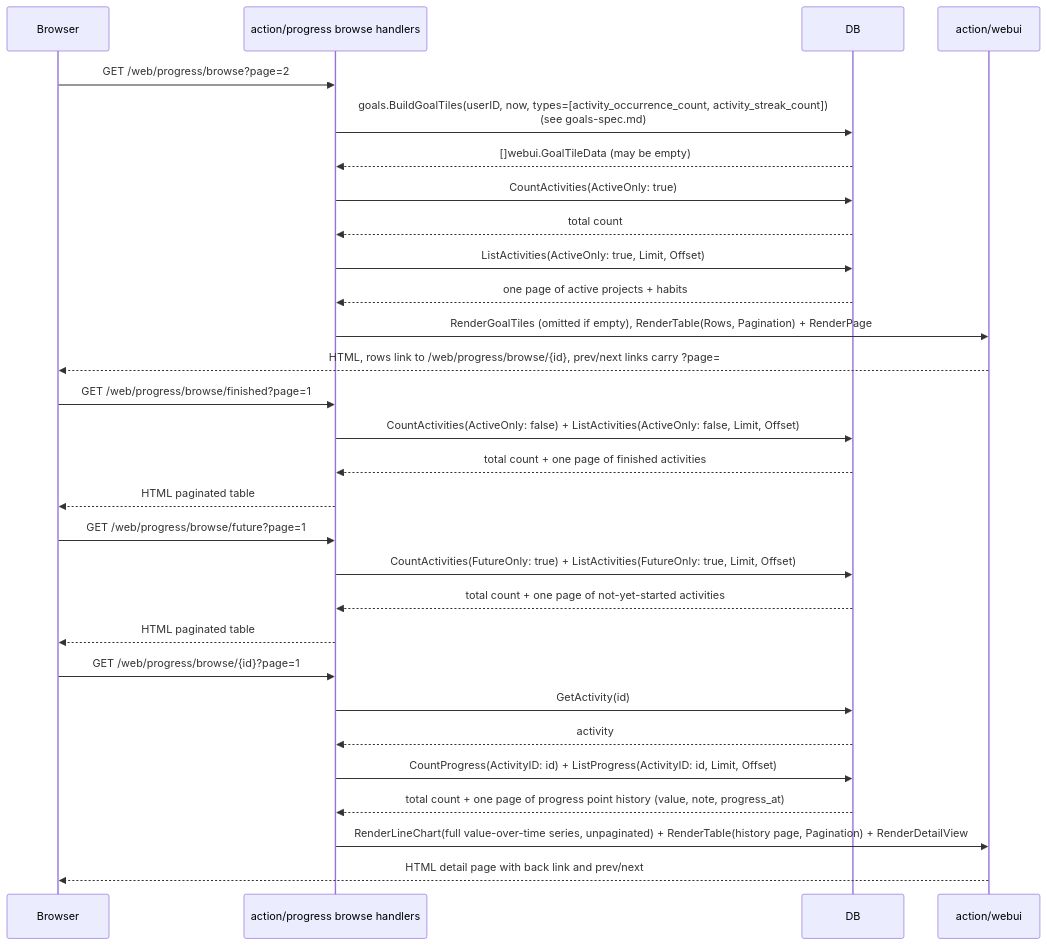
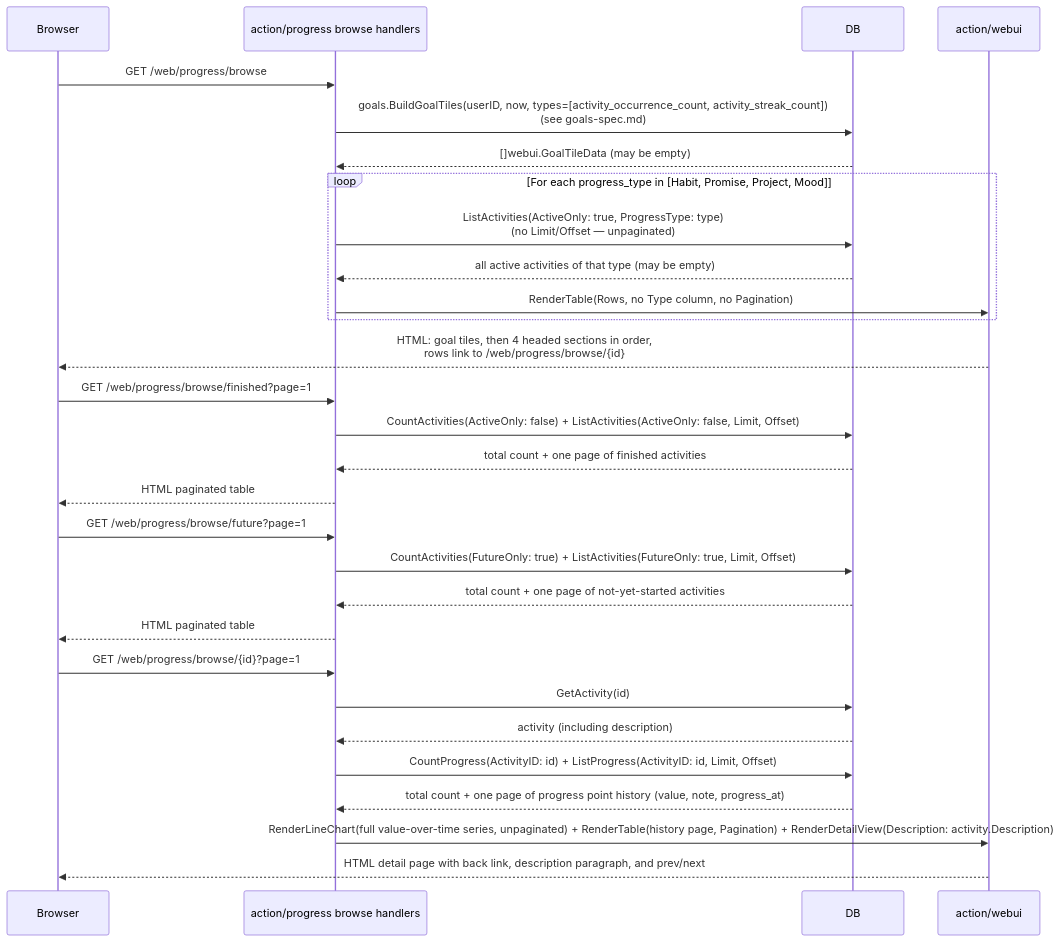
Before and after one commit to rusinikita/personal: the fourth of 4 diagrams in docs/functions/progress-spec.md, drawn with Mermaid. The commit also changed other lines of this file and 10 other files, not shown here.

First line of the commit message:
feat(progress): show activity description, split active list by type

````diff
--- a/docs/functions/progress-spec.md
+++ b/docs/functions/progress-spec.md
@@ -126,35 +128,35 @@
 ```mermaid
 sequenceDiagram
     participant Browser
     participant Handler as action/progress browse handlers
     participant DB
     participant Webui as action/webui
 
-    Browser->>Handler: GET /web/progress/browse?page=2
+    Browser->>Handler: GET /web/progress/browse
     Handler->>DB: goals.BuildGoalTiles(userID, now, types=[activity_occurrence_count, activity_streak_count])<br/>(see goals-spec.md)
     DB-->>Handler: []webui.GoalTileData (may be empty)
-    Handler->>DB: CountActivities(ActiveOnly: true)
-    DB-->>Handler: total count
-    Handler->>DB: ListActivities(ActiveOnly: true, Limit, Offset)
-    DB-->>Handler: one page of active projects + habits
-    Handler->>Webui: RenderGoalTiles (omitted if empty), RenderTable(Rows, Pagination) + RenderPage
-    Webui-->>Browser: HTML, rows link to /web/progress/browse/{id}, prev/next links carry ?page=
+    loop For each progress_type in [Habit, Promise, Project, Mood]
+        Handler->>DB: ListActivities(ActiveOnly: true, ProgressType: type)<br/>(no Limit/Offset — unpaginated)
+        DB-->>Handler: all active activities of that type (may be empty)
+        Handler->>Webui: RenderTable(Rows, no Type column, no Pagination)
+    end
+    Webui-->>Browser: HTML: goal tiles, then 4 headed sections in order,<br/>rows link to /web/progress/browse/{id}
 
     Browser->>Handler: GET /web/progress/browse/finished?page=1
     Handler->>DB: CountActivities(ActiveOnly: false) + ListActivities(ActiveOnly: false, Limit, Offset)
     DB-->>Handler: total count + one page of finished activities
     Handler-->>Browser: HTML paginated table
 
     Browser->>Handler: GET /web/progress/browse/future?page=1
     Handler->>DB: CountActivities(FutureOnly: true) + ListActivities(FutureOnly: true, Limit, Offset)
     DB-->>Handler: total count + one page of not-yet-started activities
     Handler-->>Browser: HTML paginated table
 
     Browser->>Handler: GET /web/progress/browse/{id}?page=1
     Handler->>DB: GetActivity(id)
-    DB-->>Handler: activity
+    DB-->>Handler: activity (including description)
     Handler->>DB: CountProgress(ActivityID: id) + ListProgress(ActivityID: id, Limit, Offset)
     DB-->>Handler: total count + one page of progress point history (value, note, progress_at)
-    Handler->>Webui: RenderLineChart(full value-over-time series, unpaginated) + RenderTable(history page, Pagination) + RenderDetailView
-    Webui-->>Browser: HTML detail page with back link and prev/next
+    Handler->>Webui: RenderLineChart(full value-over-time series, unpaginated) + RenderTable(history page, Pagination) + RenderDetailView(Description: activity.Description)
+    Webui-->>Browser: HTML detail page with back link, description paragraph, and prev/next
 ```
````
